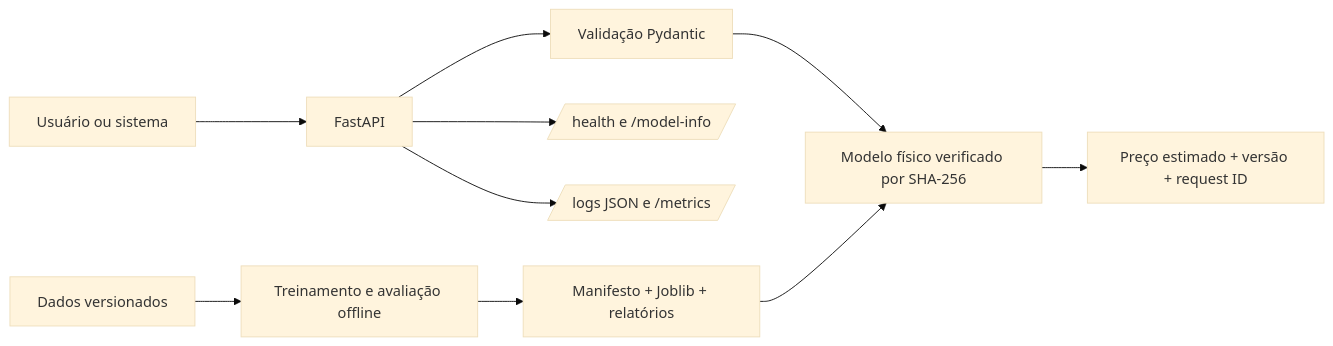
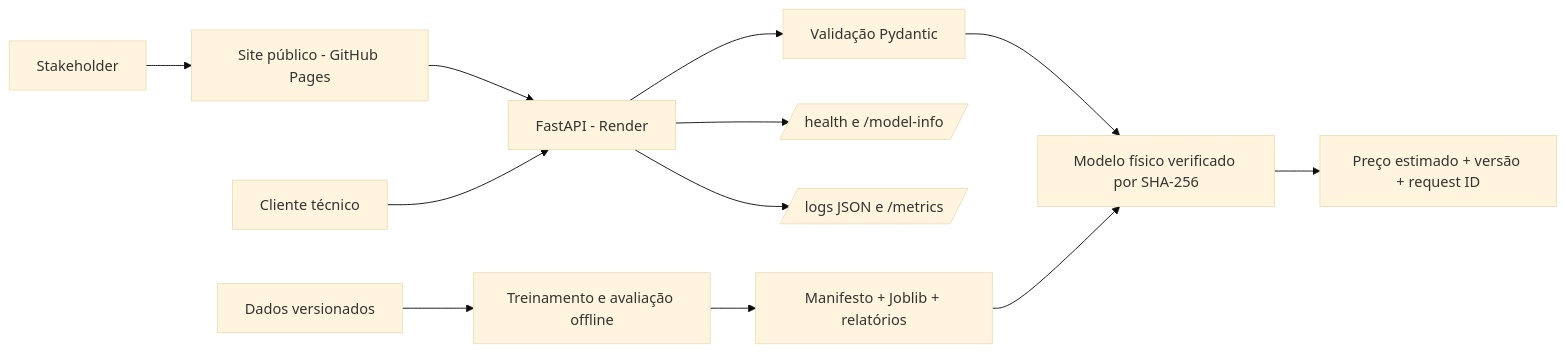
The diagram in README.md (Umbura/property-value-insights), drawn with Mermaid (base theme) before and after one commit. The commit also changed other lines of this file, not shown here.

````diff
--- a/README.md
+++ b/README.md
@@ -170,12 +193,14 @@
 ```mermaid
 flowchart LR
-    U[Usuário ou sistema] --> A[FastAPI]
+    U[Stakeholder] --> S[Site público - GitHub Pages]
+    S --> A[FastAPI - Render]
+    C[Cliente técnico] --> A
     A --> V[Validação Pydantic]
     V --> M[Modelo físico verificado por SHA-256]
     M --> P[Preço estimado + versão + request ID]
     A --> H[/health e /model-info/]
     A --> O[/logs JSON e /metrics/]
     D[Dados versionados] --> T[Treinamento e avaliação offline]
     T --> G[Manifesto + Joblib + relatórios]
     G --> M
 ```
````
